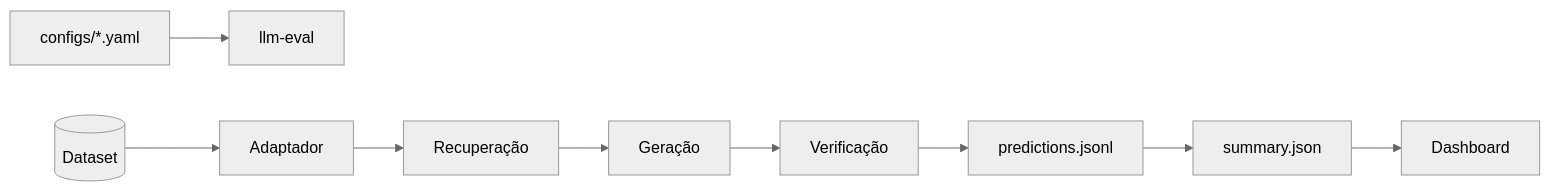
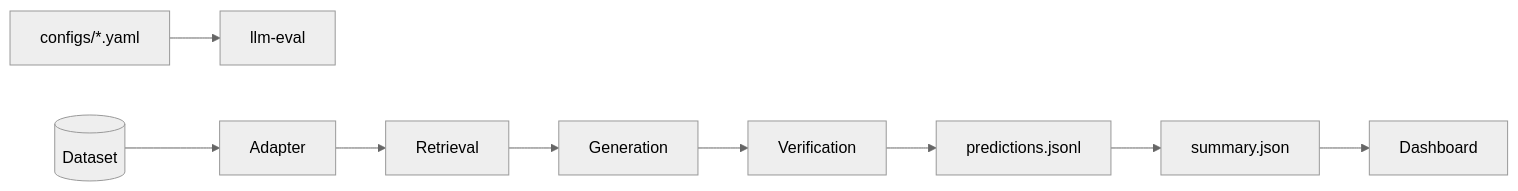
The diagram in README.md (karysoares/rag-eval-harness), drawn with Mermaid (neutral theme) before and after one commit. The commit also changed other lines of this file and 70 other files, not shown here.

````diff
--- a/README.md
+++ b/README.md
@@ -86,11 +97,11 @@
 ```mermaid
 flowchart LR
   YAML[configs/*.yaml] --> CLI[llm-eval]
-  DS[(Dataset)] --> ADP[Adaptador]
-  ADP --> R[Recuperação]
-  R --> G[Geração]
-  G --> V[Verificação]
+  DS[(Dataset)] --> ADP[Adapter]
+  ADP --> R[Retrieval]
+  R --> G[Generation]
+  G --> V[Verification]
   V --> OUT[predictions.jsonl]
   OUT --> SUM[summary.json]
   SUM --> DASH[Dashboard]
 ```
````
